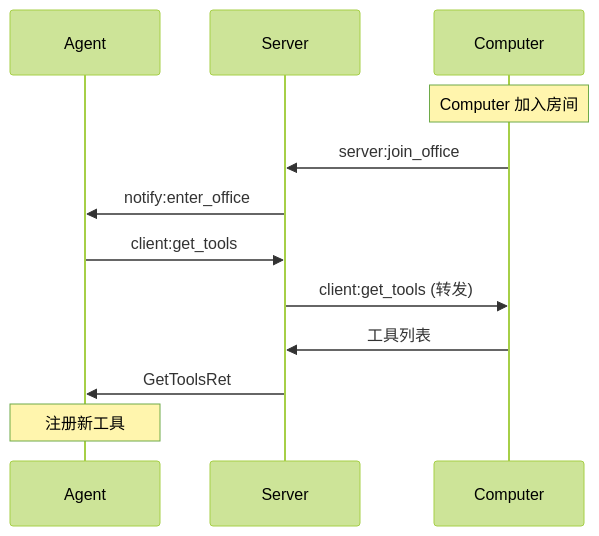
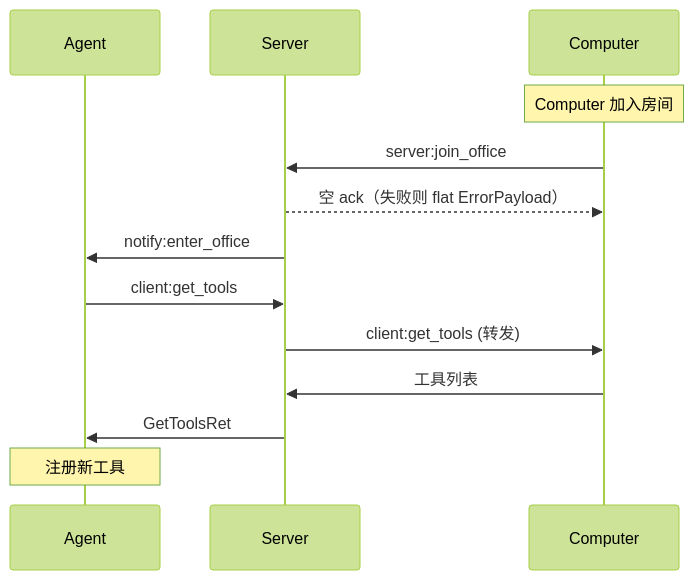
The fourth of 7 diagrams in docs/specification/events.md (A2C-SMCP/a2c-smcp-protocol), drawn with Mermaid (forest theme) before and after one commit. The commit also changed other lines of this file and 7 other files, not shown here.

First line of the commit message:
docs(room): 房间成员语义裁决落地 — protocol#61（房内同名唯一 / ack 转 flat ErrorPayload / 4105-4106 / 不采纳收编）

````diff
--- a/docs/specification/events.md
+++ b/docs/specification/events.md
@@ -845,15 +928,16 @@
 ```mermaid
 sequenceDiagram
     participant A as Agent
     participant S as Server
     participant C as Computer
 
     Note over C: Computer 加入房间
     C->>S: server:join_office
+    S-->>C: 空 ack（失败则 flat ErrorPayload）
     S->>A: notify:enter_office
     A->>S: client:get_tools
     S->>C: client:get_tools (转发)
     C->>S: 工具列表
     S->>A: GetToolsRet
     Note over A: 注册新工具
 ```
````
